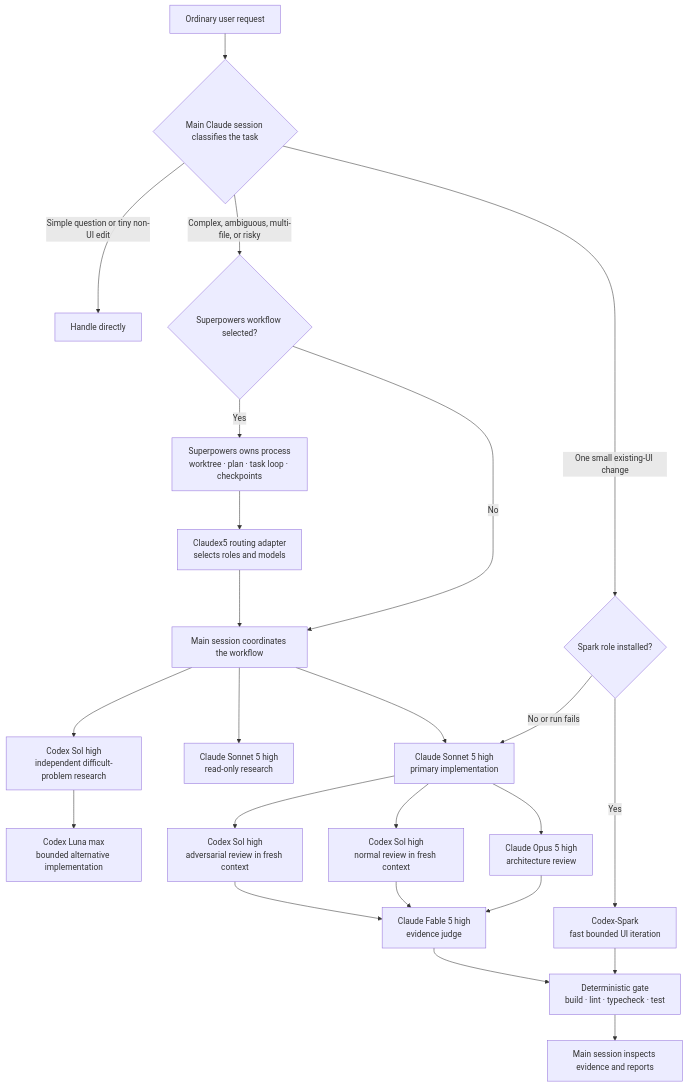
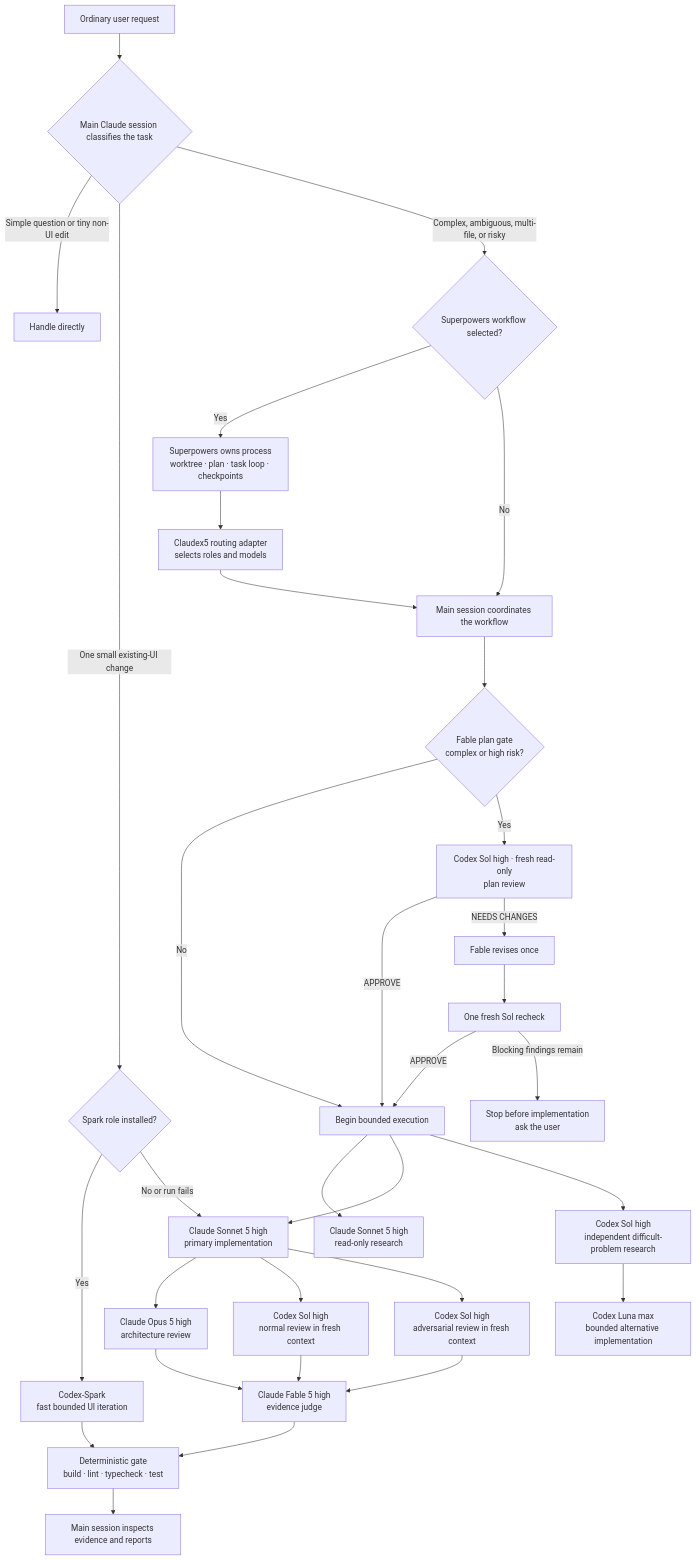
One commit to woongjaejung/claudex5-engineering-harness changed the first of 2 diagrams in README.md. Above: the diagram before and after it, drawn with Mermaid. The commit also changed other lines of this file and 1 other file, not shown here.

Commit message:
docs: explain automatic Sol plan review

````diff
--- a/README.md
+++ b/README.md
@@ -27,26 +27,34 @@
 ```mermaid
 flowchart TD
     U["Ordinary user request"] --> C{"Main Claude session classifies the task"}
     C -->|"Simple question or tiny non-UI edit"| D["Handle directly"]
     C -->|"One small existing-UI change"| SA{"Spark role installed?"}
     SA -->|"Yes"| SP["Codex-Spark<br/>fast bounded UI iteration"]
     SA -->|"No or run fails"| I
     C -->|"Complex, ambiguous, multi-file, or risky"| W{"Superpowers workflow selected?"}
     W -->|"Yes"| SW["Superpowers owns process<br/>worktree · plan · task loop · checkpoints"]
     W -->|"No"| O["Main session coordinates the workflow"]
     SW --> A["Claudex5 routing adapter<br/>selects roles and models"]
     A --> O
-    O --> R["Claude Sonnet 5 high<br/>read-only research"]
-    O --> I["Claude Sonnet 5 high<br/>primary implementation"]
-    O --> SR["Codex Sol high<br/>independent difficult-problem research"]
+    O --> PG{"Fable plan gate<br/>complex or high risk?"}
+    PG -->|"No"| E["Begin bounded execution"]
+    PG -->|"Yes"| PR["Codex Sol high · fresh read-only<br/>plan review"]
+    PR -->|"APPROVE"| E
+    PR -->|"NEEDS CHANGES"| RV["Fable revises once"]
+    RV --> RR["One fresh Sol recheck"]
+    RR -->|"APPROVE"| E
+    RR -->|"Blocking findings remain"| H["Stop before implementation<br/>ask the user"]
+    E --> R["Claude Sonnet 5 high<br/>read-only research"]
+    E --> I["Claude Sonnet 5 high<br/>primary implementation"]
+    E --> SR["Codex Sol high<br/>independent difficult-problem research"]
     SR --> LI["Codex Luna max<br/>bounded alternative implementation"]
     SP --> G
     I --> AR["Claude Opus 5 high<br/>architecture review"]
     I --> NR["Codex Sol high<br/>normal review in fresh context"]
     I --> XR["Codex Sol high<br/>adversarial review in fresh context"]
     AR --> J["Claude Fable 5 high<br/>evidence judge"]
     NR --> J
     XR --> J
     J --> G["Deterministic gate<br/>build · lint · typecheck · test"]
     G --> F["Main session inspects evidence and reports"]
 ```
````
